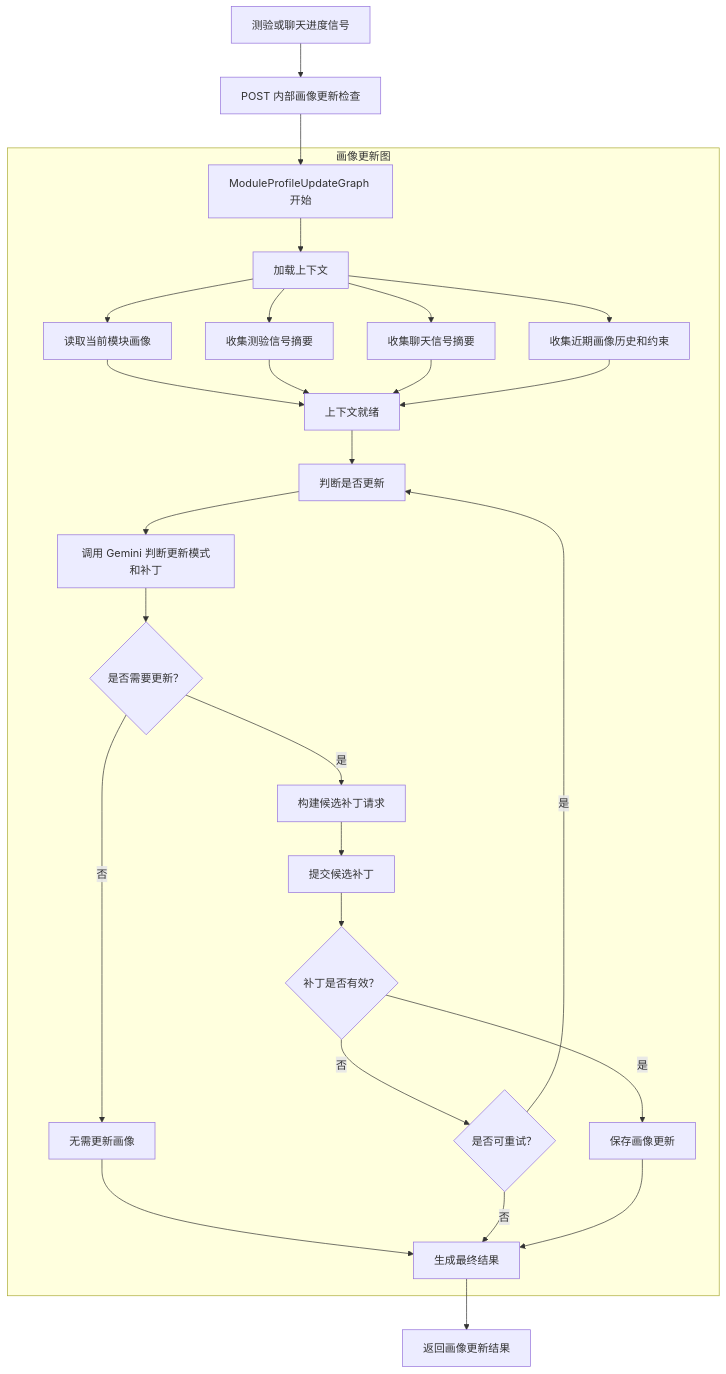
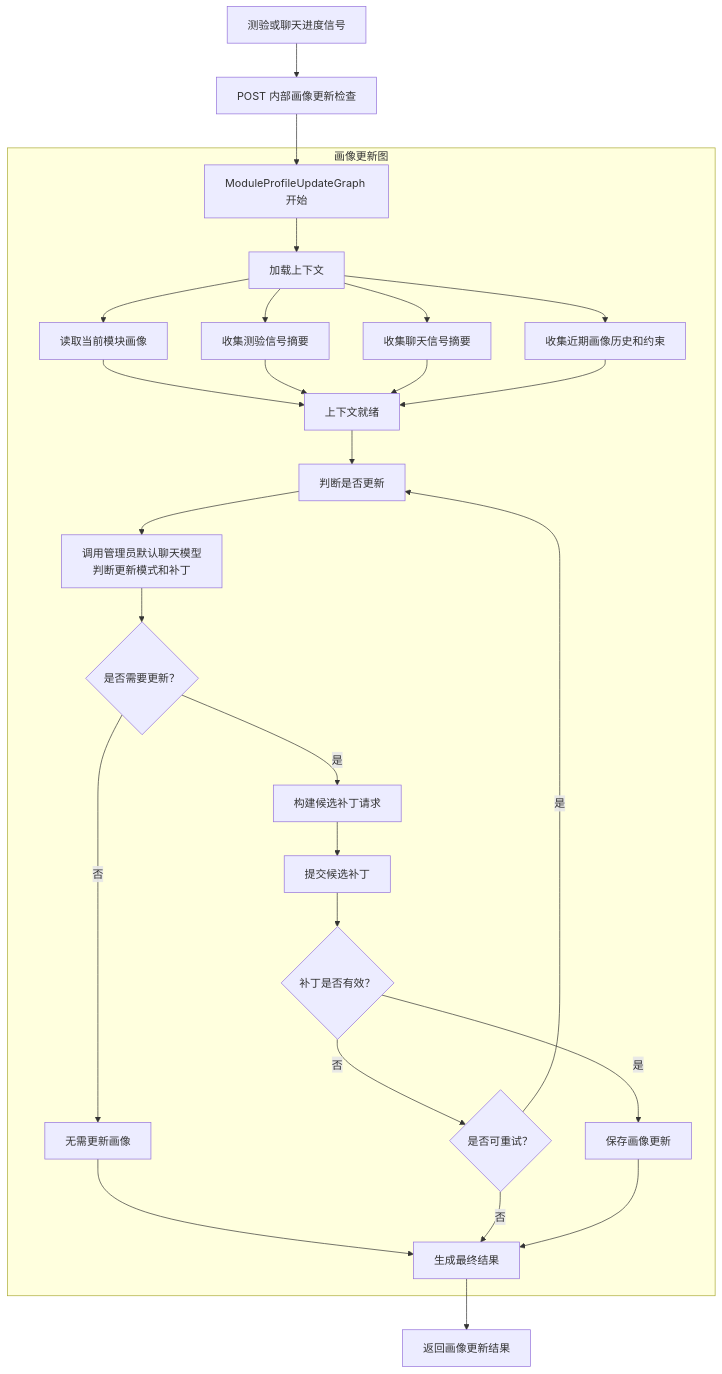
One commit to Henryly135/ai-studyplatform changed the diagram in docs/diagrams/学习画像更新流程图.md. Above: the diagram before and after it, drawn with Mermaid. The commit also changed 97 other files, not shown here.

````diff
--- a/docs/diagrams/学习画像更新流程图.md
+++ b/docs/diagrams/学习画像更新流程图.md
@@ -1,36 +1,36 @@
 ```mermaid
 flowchart TD
   Trigger["测验或聊天进度信号"] --> API["POST 内部画像更新检查"]
   API --> Start["ModuleProfileUpdateGraph 开始"]
 
   subgraph ProfileUpdateGraph["画像更新图"]
     Start --> Load["加载上下文"]
     Load --> BaseProfile["读取当前模块画像"]
     Load --> QuizSignal["收集测验信号摘要"]
     Load --> ChatSignal["收集聊天信号摘要"]
     Load --> History["收集近期画像历史和约束"]
 
     BaseProfile --> ContextReady["上下文就绪"]
     QuizSignal --> ContextReady
     ChatSignal --> ContextReady
     History --> ContextReady
 
     ContextReady --> Decide["判断是否更新"]
-    Decide --> DecideWork["调用 Gemini 判断更新模式和补丁"]
+    Decide --> DecideWork["调用管理员默认聊天模型<br/>判断更新模式和补丁"]
     DecideWork --> ShouldUpdate{"是否需要更新？"}
 
     ShouldUpdate -- "否" --> NoUpdate["无需更新画像"]
     NoUpdate --> Finalize["生成最终结果"]
 
     ShouldUpdate -- "是" --> BuildCandidate["构建候选补丁请求"]
     BuildCandidate --> SubmitCandidate["提交候选补丁"]
     SubmitCandidate --> Validate{"补丁是否有效？"}
     Validate -- "否" --> Retry{"是否可重试？"}
     Retry -- "是" --> Decide
     Retry -- "否" --> Finalize
     Validate -- "是" --> Persist["保存画像更新"]
     Persist --> Finalize
   end
 
   Finalize --> Result["返回画像更新结果"]
 ```
````
